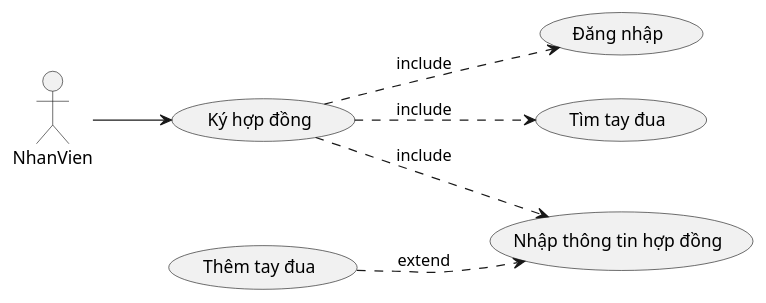
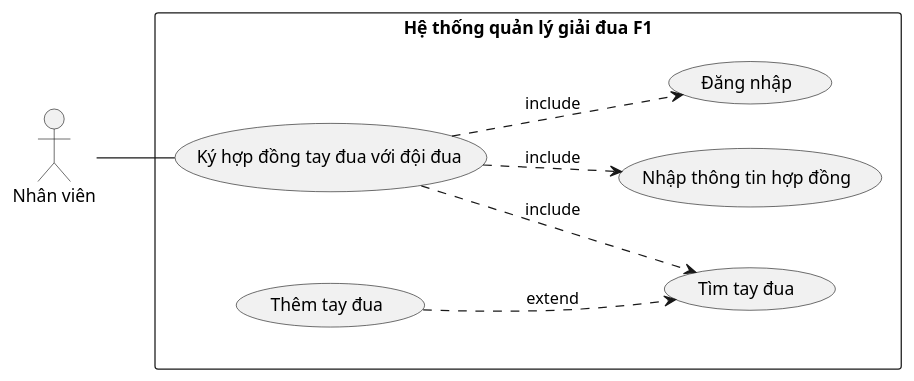
One commit to 7gho/CNPM-He2026 changed the first of 6 diagrams in Module 1 - Quan/noi-dung.md. Above: the diagram before and after it, drawn with PlantUML. The commit also changed other lines of this file and 53 other files, not shown here.

````diff
--- a/Module 1 - Quan/noi-dung.md
+++ b/Module 1 - Quan/noi-dung.md
@@ -31,16 +37,18 @@
 ```plantuml
 @startuml
 left to right direction
-actor NhanVien
-usecase "Ký hợp đồng" as UC
-usecase "Đăng nhập" as DN
-usecase "Tìm tay đua" as TIM
-usecase "Nhập thông tin hợp đồng" as NHAP
-usecase "Thêm tay đua" as THEM
-NhanVien --> UC
-UC ..> DN : include
-UC ..> TIM : include
-UC ..> NHAP : include
-THEM ..> NHAP : extend
+actor "Nhân viên" as NV
+rectangle "Hệ thống quản lý giải đua F1" {
+  usecase "Ký hợp đồng tay đua với đội đua" as UC
+  usecase "Đăng nhập" as DN
+  usecase "Tìm tay đua" as TIM
+  usecase "Nhập thông tin hợp đồng" as NHAP
+  usecase "Thêm tay đua" as THEM
+  UC ..> DN : include
+  UC ..> TIM : include
+  UC ..> NHAP : include
+  THEM ..> TIM : extend
+}
+NV -- UC
 @enduml
 ```
````
